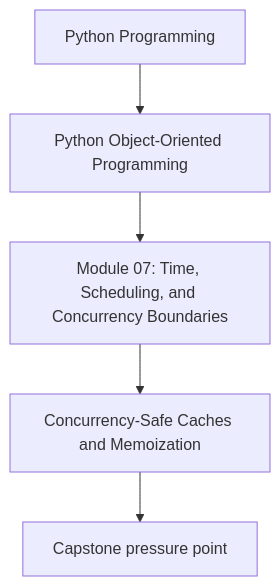
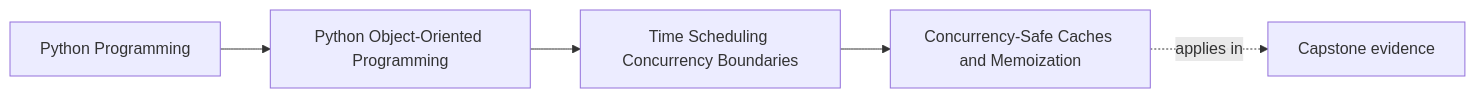
Before and after one commit to bijux/bijux-masterclass: the first of 2 diagrams in programs/python-programming/python-object-oriented-programming/course-book/module-07-time-scheduling-concurrency-boundaries/concurrency-safe-caches-and-memoization.md, drawn with Mermaid. The commit also changed other lines of this file and 103 other files, not shown here.

Commit message:
docs(python-object-oriented-programming): map sustainment and capstone surfaces

````diff
--- a/programs/python-programming/python-object-oriented-programming/course-book/module-07-time-scheduling-concurrency-boundaries/concurrency-safe-caches-and-memoization.md
+++ b/programs/python-programming/python-object-oriented-programming/course-book/module-07-time-scheduling-concurrency-boundaries/concurrency-safe-caches-and-memoization.md
@@ -7,7 +7,11 @@
 ```mermaid
-flowchart TD
-  family["Python Programming"] --> program["Python Object-Oriented Programming"]
-  program --> module["Module 07: Time, Scheduling, and Concurrency Boundaries"]
-  module --> concept["Concurrency-Safe Caches and Memoization"]
-  concept --> capstone["Capstone pressure point"]
+graph LR
+  family["Python Programming"]
+  program["Python Object-Oriented Programming"]
+  section["Time Scheduling Concurrency Boundaries"]
+  page["Concurrency-Safe Caches and Memoization"]
+  capstone["Capstone evidence"]
+
+  family --> program --> section --> page
+  page -.applies in.-> capstone
 ```
````
